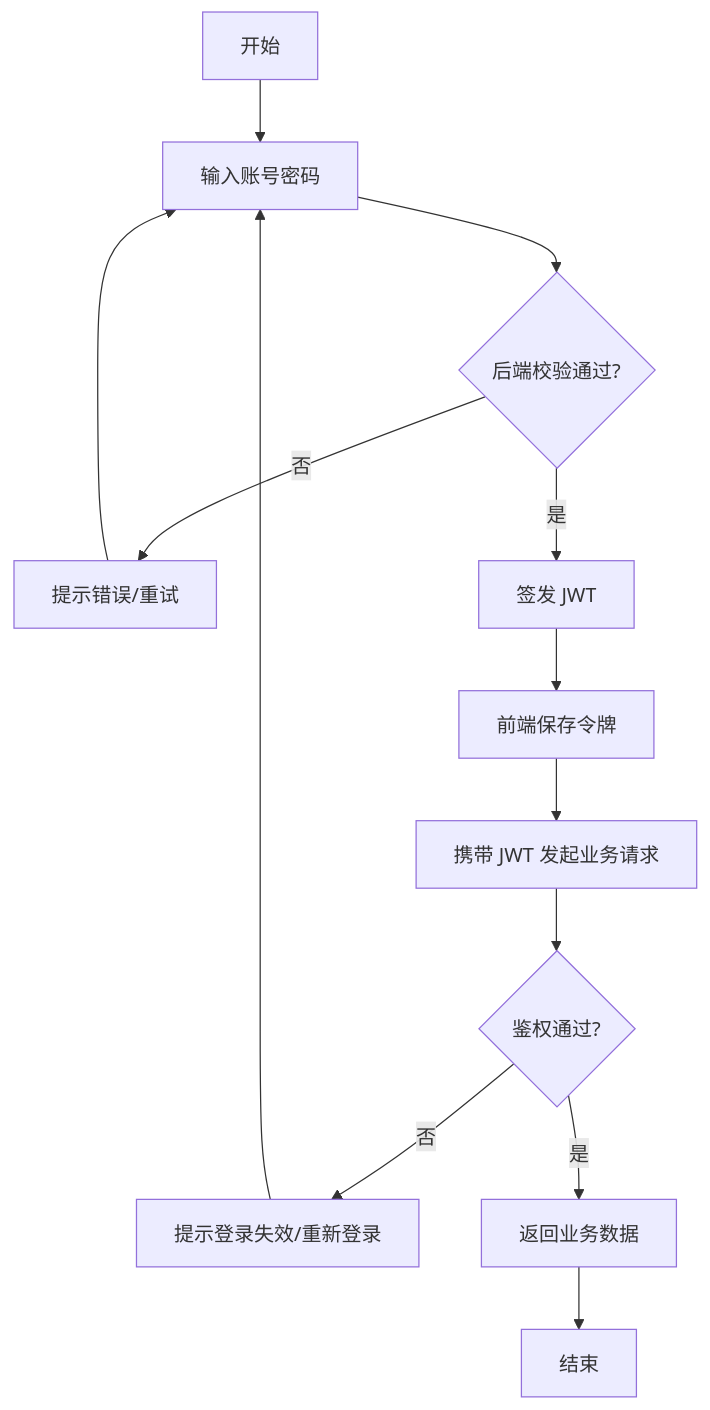
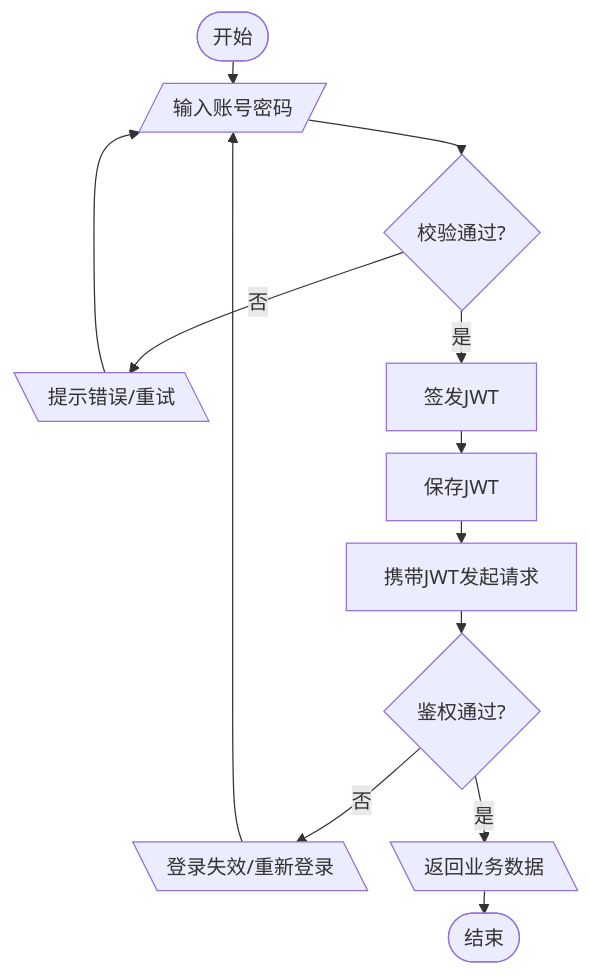
Before and after one commit to chosetop/bishe_latex: the third of 14 diagrams in MyText/4chapter.md, drawn with Mermaid. The commit also changed 12 other files, not shown here.

````diff
--- a/MyText/4chapter.md
+++ b/MyText/4chapter.md
@@ -66,12 +66,13 @@
 ```mermaid
+%%{init: {"flowchart": {"nodeSpacing": 18, "rankSpacing": 18}} }%%
 flowchart TD
-  S[开始] --> L[输入账号密码]
-  L --> V{后端校验通过?}
-  V -- 否 --> E[提示错误/重试] --> L
-  V -- 是 --> T[签发 JWT]
-  T --> C[前端保存令牌]
-  C --> Q[携带 JWT 发起业务请求]
+  S([开始]) --> L[/输入账号密码/]
+  L --> V{校验通过?}
+  V -- 否 --> E[\提示错误/重试\] --> L
+  V -- 是 --> T[签发JWT]
+  T --> C[保存JWT]
+  C --> Q[携带JWT发起请求]
   Q --> A{鉴权通过?}
-  A -- 否 --> F[提示登录失效/重新登录] --> L
-  A -- 是 --> R[返回业务数据] --> End[结束]
+  A -- 否 --> F[\登录失效/重新登录\] --> L
+  A -- 是 --> R[\返回业务数据\] --> End([结束])
 ```
````
